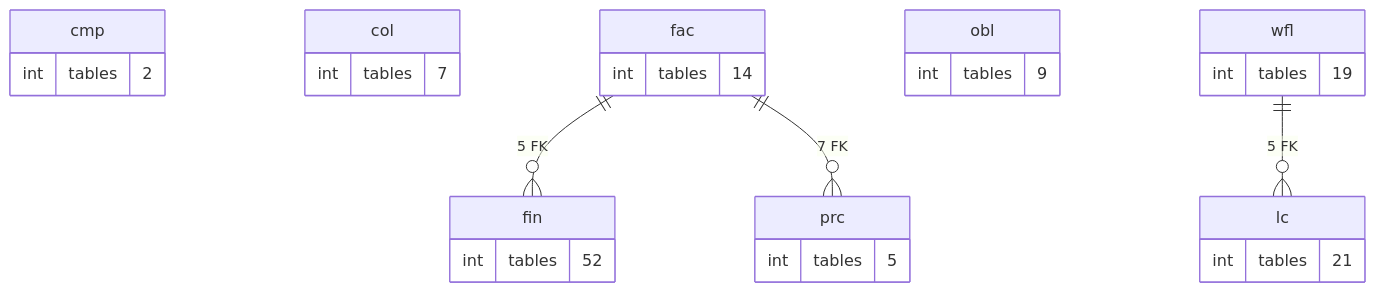
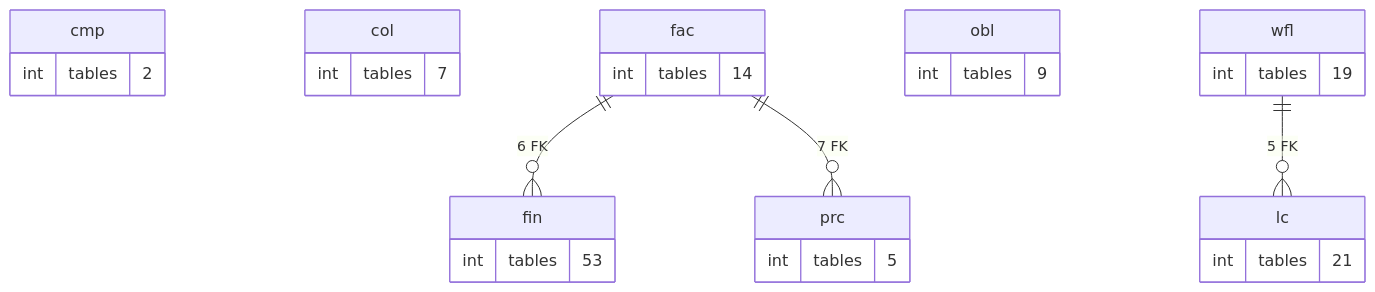
Before and after one commit to thawrasy/smartlines: the diagram in treasury-platform/docs/diagrams/erd/schema_map_2.mmd, drawn with Mermaid. The commit also changed 142 other files, not shown here.

```diff
--- a/treasury-platform/docs/diagrams/erd/schema_map_2.mmd
+++ b/treasury-platform/docs/diagrams/erd/schema_map_2.mmd
@@ -1,29 +1,29 @@
 %% التسهيلات والعمليات: التسعير والضمانات والالتزامات والبيانات المالية والطلبات والاعتمادات: العلاقة = عدد المفاتيح الأجنبية بين المخططين (≥ 5)
 erDiagram
   cmp {
     int tables "2"
   }
   col {
     int tables "7"
   }
   fac {
     int tables "14"
   }
   fin {
-    int tables "52"
+    int tables "53"
   }
   lc {
     int tables "21"
   }
   obl {
     int tables "9"
   }
   prc {
     int tables "5"
   }
   wfl {
     int tables "19"
   }
-  fac ||--o{ fin : "5 FK"
+  fac ||--o{ fin : "6 FK"
   fac ||--o{ prc : "7 FK"
   wfl ||--o{ lc : "5 FK"
```
